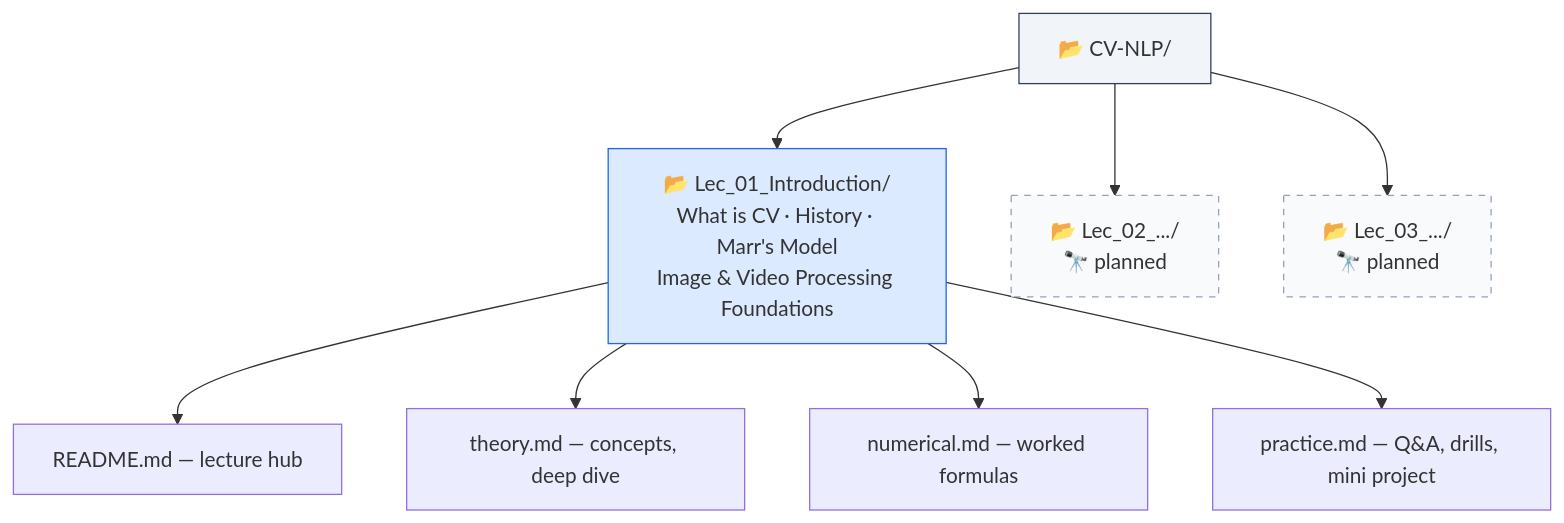
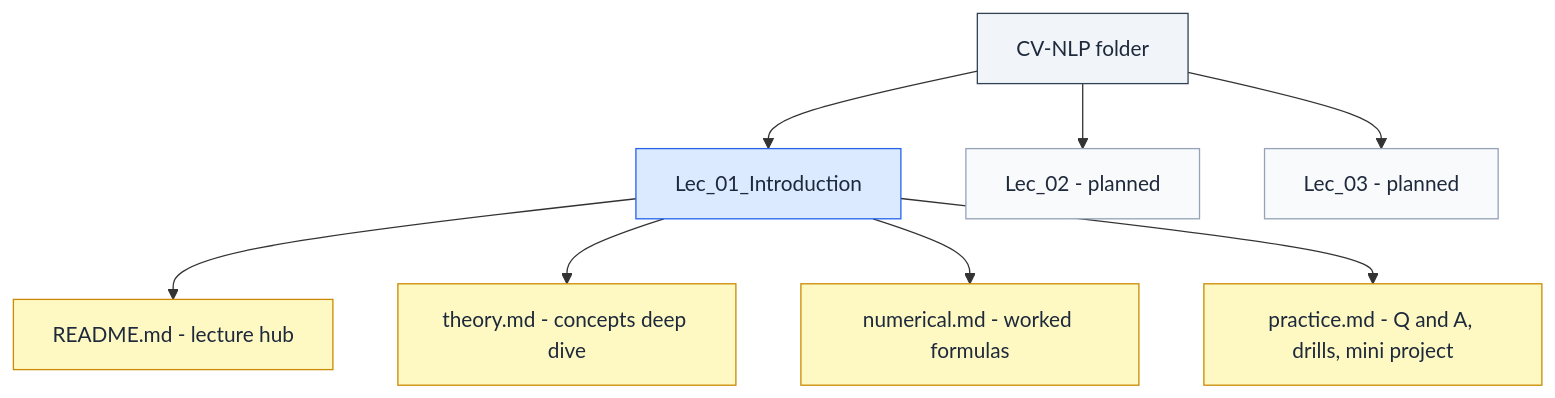
Before and after one commit to rpaut03l/TS-02-03: the second of 4 diagrams in CV-NLP/README.md, drawn with Mermaid. The commit also changed other lines of this file and 4 other files, not shown here.

Commit message:
Fix ASCII diagram width (max 63 chars, no more wrapping) and Mermaid dark-mode contrast

````diff
--- a/CV-NLP/README.md
+++ b/CV-NLP/README.md
@@ -57,16 +48,19 @@
 ```mermaid
 flowchart TD
-    ROOT["📂 CV-NLP/"]
-    ROOT --> L1["📂 Lec_01_Introduction/<br/>What is CV · History · Marr's Model<br/>Image & Video Processing Foundations"]
-    ROOT --> L2["📂 Lec_02_.../<br/>🔭 planned"]
-    ROOT --> L3["📂 Lec_03_.../<br/>🔭 planned"]
-    L1 --> F1["README.md — lecture hub"]
-    L1 --> F2["theory.md — concepts, deep dive"]
-    L1 --> F3["numerical.md — worked formulas"]
-    L1 --> F4["practice.md — Q&amp;A, drills, mini project"]
+    ROOT[CV-NLP folder] --> L1[Lec_01_Introduction]
+    ROOT --> L2[Lec_02 - planned]
+    ROOT --> L3[Lec_03 - planned]
+    L1 --> F1[README.md - lecture hub]
+    L1 --> F2[theory.md - concepts deep dive]
+    L1 --> F3[numerical.md - worked formulas]
+    L1 --> F4[practice.md - Q and A, drills, mini project]
 
-    style ROOT fill:#f1f5f9,stroke:#334155
-    style L1 fill:#dbeafe,stroke:#2563eb
-    style L2 fill:#f8fafc,stroke:#94a3b8,stroke-dasharray: 5 5
-    style L3 fill:#f8fafc,stroke:#94a3b8,stroke-dasharray: 5 5
+    style ROOT fill:#f1f5f9,stroke:#334155,color:#1e293b
+    style L1 fill:#dbeafe,stroke:#2563eb,color:#1e293b
+    style L2 fill:#f8fafc,stroke:#94a3b8,color:#1e293b
+    style L3 fill:#f8fafc,stroke:#94a3b8,color:#1e293b
+    style F1 fill:#fef9c3,stroke:#ca8a04,color:#1e293b
+    style F2 fill:#fef9c3,stroke:#ca8a04,color:#1e293b
+    style F3 fill:#fef9c3,stroke:#ca8a04,color:#1e293b
+    style F4 fill:#fef9c3,stroke:#ca8a04,color:#1e293b
 ```
````
